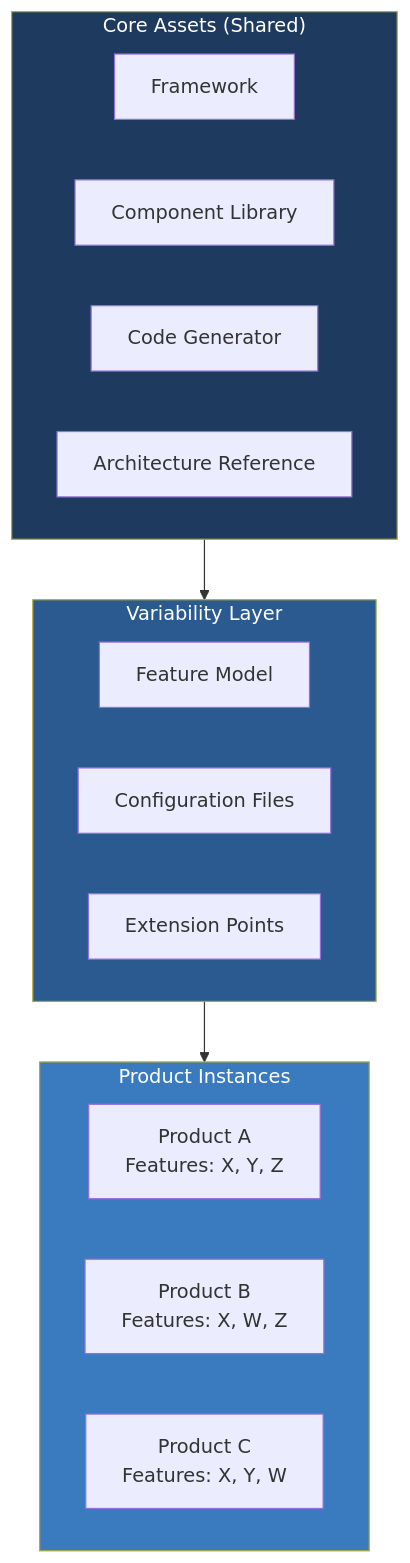
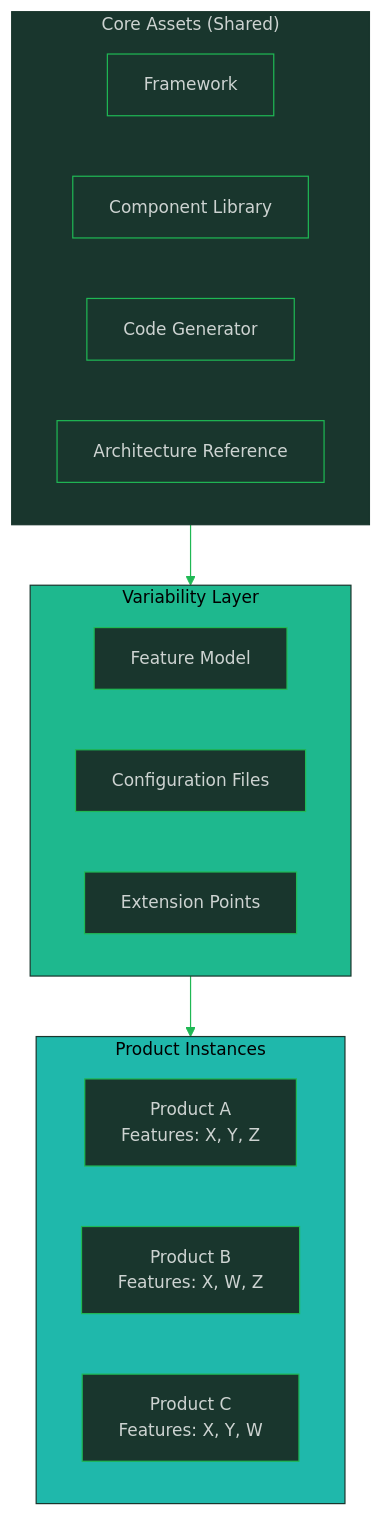
One commit to oat431/swe-knowledge changed the sixth of 9 diagrams in software-engineering-note/03_Software_Design/09_Variability_and_Feature_Models.md. Above: the diagram before and after it, drawn with Mermaid. The commit also changed other lines of this file and 116 other files, not shown here.

````diff
--- a/software-engineering-note/03_Software_Design/09_Variability_and_Feature_Models.md
+++ b/software-engineering-note/03_Software_Design/09_Variability_and_Feature_Models.md
@@ -442,28 +447,29 @@
 ```mermaid
+%%{init: {'theme':'base','themeVariables':{'primaryColor':'#19362D','primaryTextColor':'#CDD3D1','primaryBorderColor':'#1FB854','lineColor':'#1FB854','secondaryColor':'#161212','tertiaryColor':'#1B1717','background':'#1B1717','mainBkg':'#19362D','nodeBorder':'#1FB854','clusterBkg':'#161212','clusterBorder':'#19362D','titleColor':'#1FB854','edgeLabelBackground':'#161212','fontSize':'14px'}}}%%
 flowchart TB
     subgraph CORE["Core Assets (Shared)"]
         FW[Framework]
         CL[Component Library]
         TG[Code Generator]
         AR[Architecture Reference]
     end
     
     subgraph VAR["Variability Layer"]
         FM[Feature Model]
         CF[Configuration Files]
         EP[Extension Points]
     end
     
     subgraph PROD["Product Instances"]
         P1[Product A<br/>Features: X, Y, Z]
         P2[Product B<br/>Features: X, W, Z]
         P3[Product C<br/>Features: X, Y, W]
     end
     
     CORE --> VAR
     VAR --> PROD
     
-    style CORE fill:#1e3a5f,color:#fff
-    style VAR fill:#2a5a8f,color:#fff
-    style PROD fill:#3a7abf,color:#fff
+    style CORE fill:#19362D,color:#CDD3D1
+    style VAR fill:#1EB88E,color:#000000
+    style PROD fill:#1FB8AB,color:#000000
 ```
````
